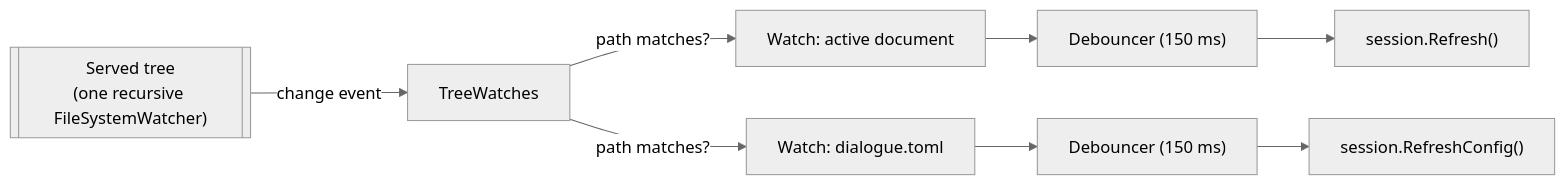
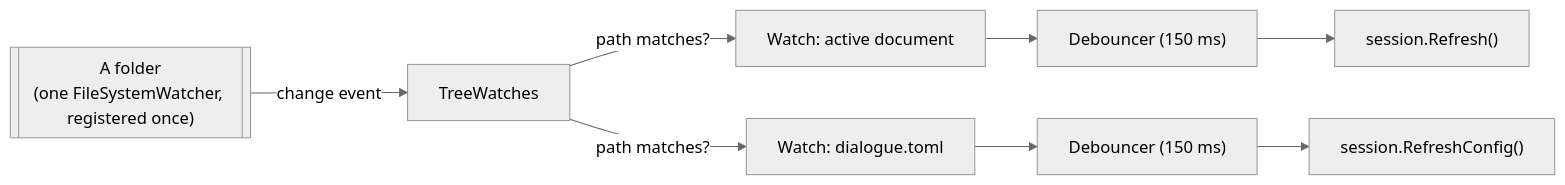
One commit to pengzhengyi/dialoguedown changed the diagram in docs/contributing/design-notes/One Watcher for the Served Tree.md. Above: the diagram before and after it, drawn with Mermaid (neutral theme). The commit also changed other lines of this file and 4 other files, not shown here.

First line of the commit message:
perf(live): watch a folder once rather than the whole tree

````diff
--- a/docs/contributing/design-notes/One Watcher for the Served Tree.md
+++ b/docs/contributing/design-notes/One Watcher for the Served Tree.md
@@ -107,8 +116,8 @@
 ```mermaid
 flowchart LR
-    FS[["Served tree<br/>(one recursive FileSystemWatcher)"]] -->|"change event"| TW[TreeWatches]
+    FS[["A folder<br/>(one FileSystemWatcher, registered once)"]] -->|"change event"| TW[TreeWatches]
     TW -->|"path matches?"| W1["Watch: active document"]
     TW -->|"path matches?"| W2["Watch: dialogue.toml"]
     W1 --> DB1["Debouncer (150 ms)"] --> R1["session.Refresh()"]
     W2 --> DB2["Debouncer (150 ms)"] --> R2["session.RefreshConfig()"]
 ```
````
